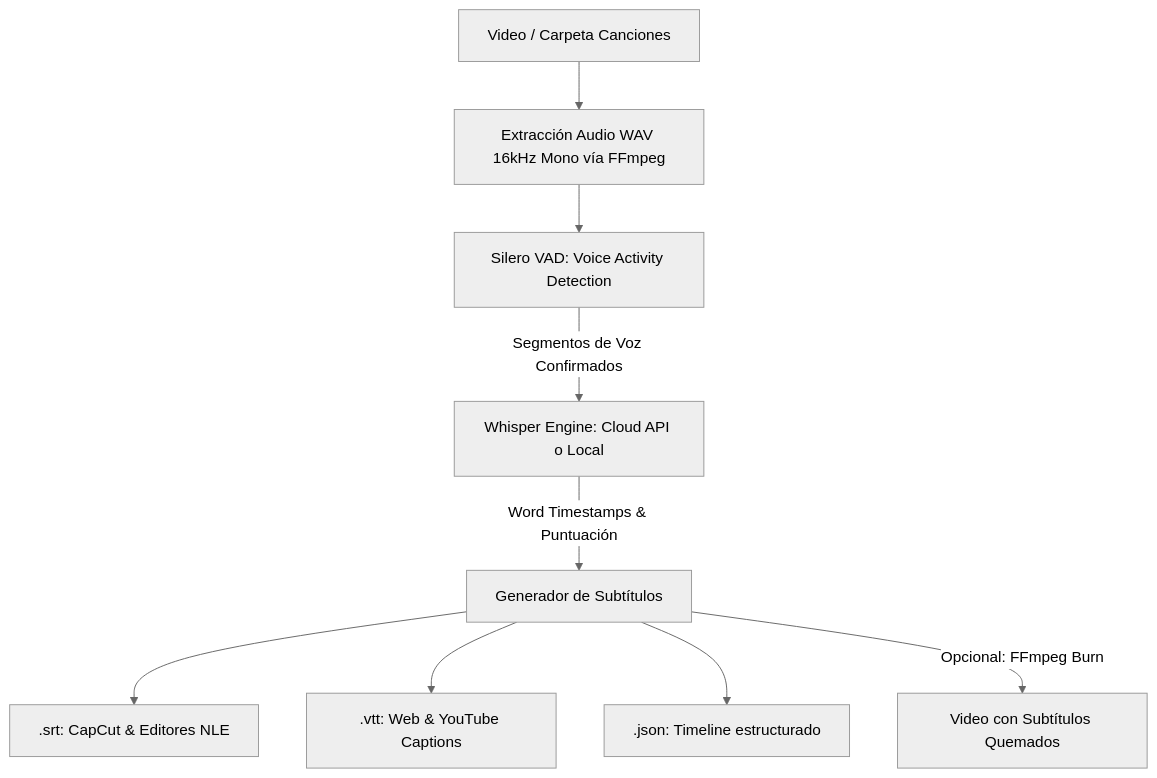
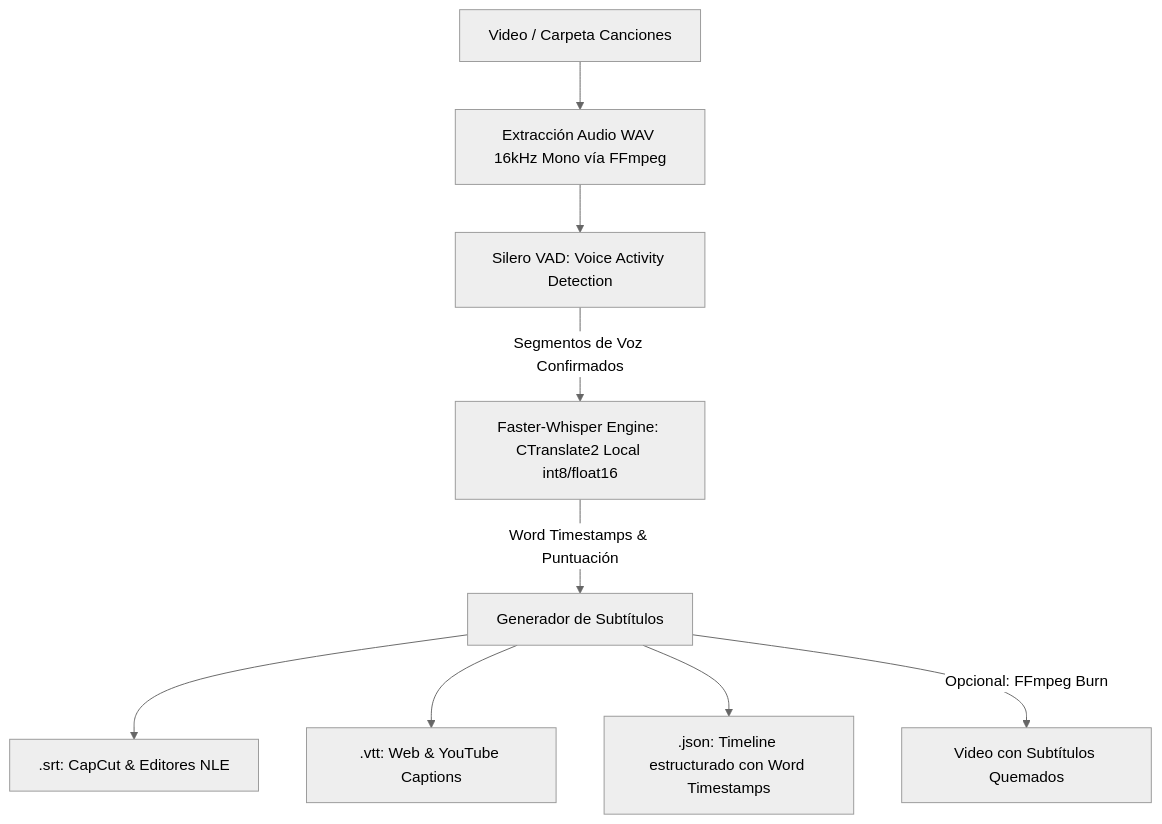
Before and after one commit to MA73OOO/autoprod: the diagram in docs/features/subtitles_whisper/ficha_tecnica.md, drawn with Mermaid (neutral theme). The commit also changed other lines of this file and 19 other files, not shown here.

````diff
--- a/docs/features/subtitles_whisper/ficha_tecnica.md
+++ b/docs/features/subtitles_whisper/ficha_tecnica.md
@@ -11,11 +11,11 @@
 ```mermaid
 flowchart TD
     A[Video / Carpeta Canciones] --> B[Extracción Audio WAV 16kHz Mono vía FFmpeg]
     B --> C[Silero VAD: Voice Activity Detection]
-    C -->|Segmentos de Voz Confirmados| D[Whisper Engine: Cloud API o Local]
+    C -->|Segmentos de Voz Confirmados| D[Faster-Whisper Engine: CTranslate2 Local int8/float16]
     D -->|Word Timestamps & Puntuación| E[Generador de Subtítulos]
     E --> F1[.srt: CapCut & Editores NLE]
     E --> F2[.vtt: Web & YouTube Captions]
-    E --> F3[.json: Timeline estructurado]
+    E --> F3[.json: Timeline estructurado con Word Timestamps]
     E -->|Opcional: FFmpeg Burn| G[Video con Subtítulos Quemados]
 ```
````
